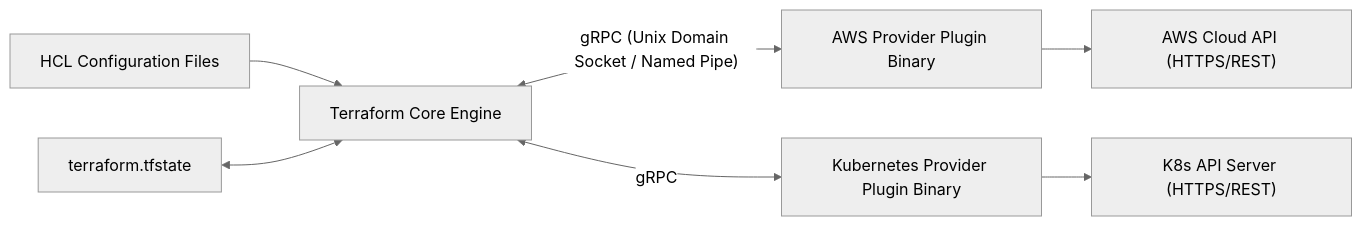
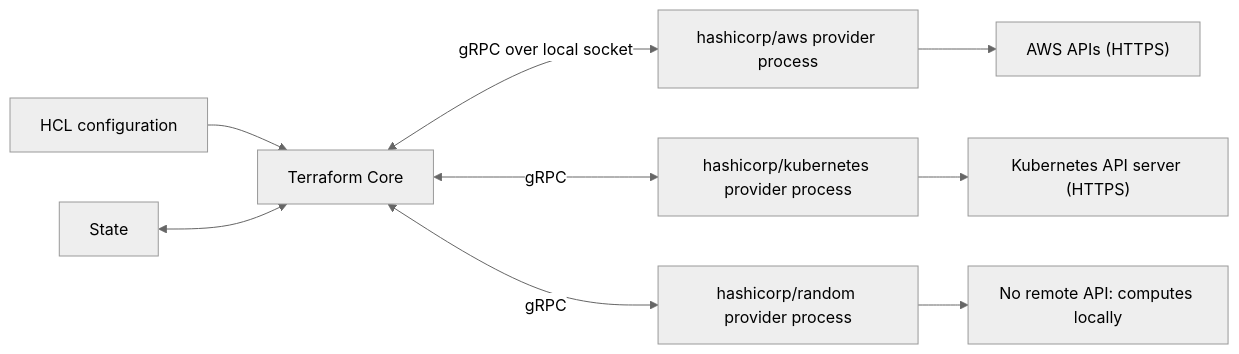
The fifth of 28 diagrams in README.md (TheLearningHubOrg/learn-terraform), drawn with Mermaid (neutral theme) before and after one commit. The commit also changed other lines of this file and 31 other files, not shown here.

````diff
--- a/README.md
+++ b/README.md
@@ -82,9 +536,11 @@
 ```mermaid
 flowchart LR
-    A["HCL Configuration Files"] --> B["Terraform Core Engine"]
-    C["terraform.tfstate"] <--> B
-    B <--"gRPC (Unix Domain Socket / Named Pipe)"--> D["AWS Provider Plugin Binary"]
-    B <--"gRPC"--> E["Kubernetes Provider Plugin Binary"]
-    D --> F["AWS Cloud API (HTTPS/REST)"]
-    E --> G["K8s API Server (HTTPS/REST)"]
+    A["HCL configuration"] --> B["Terraform Core"]
+    C["State"] <--> B
+    B <-->|"gRPC over local socket"| D["hashicorp/aws provider process"]
+    B <-->|"gRPC"| E["hashicorp/kubernetes provider process"]
+    B <-->|"gRPC"| F["hashicorp/random provider process"]
+    D --> G["AWS APIs (HTTPS)"]
+    E --> H["Kubernetes API server (HTTPS)"]
+    F --> I["No remote API: computes locally"]
 ```
````
